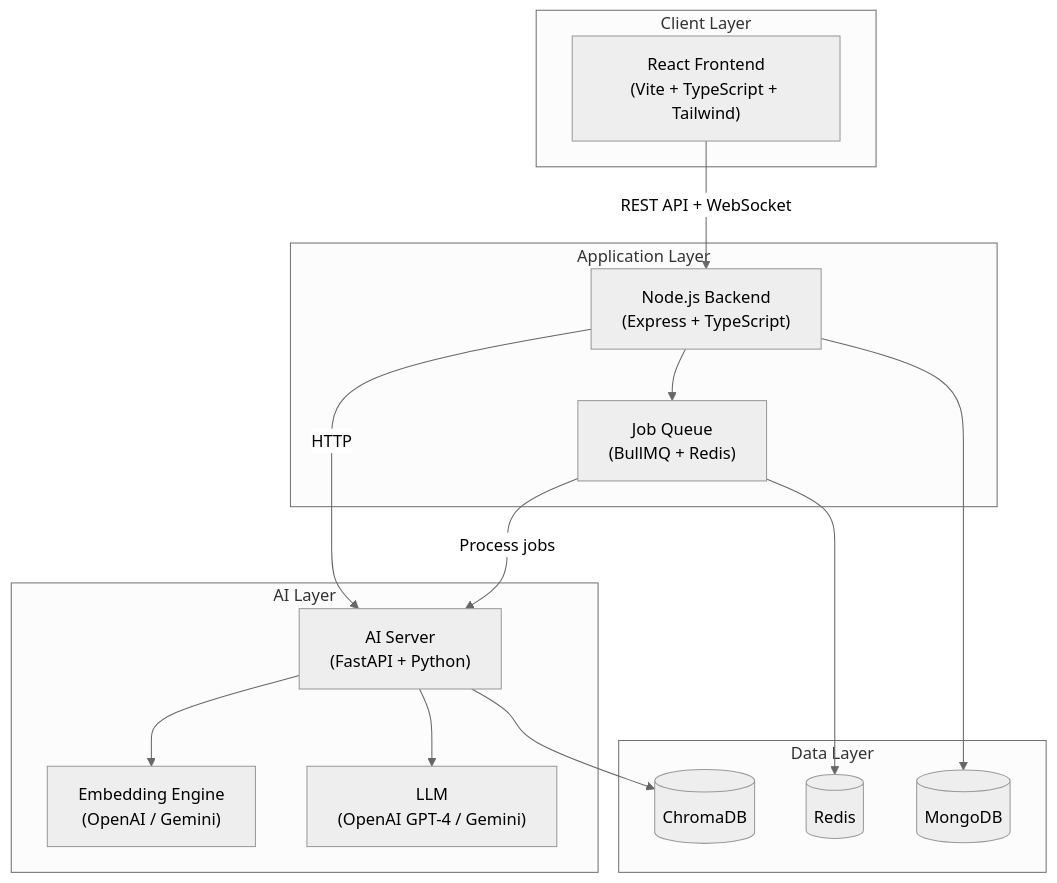
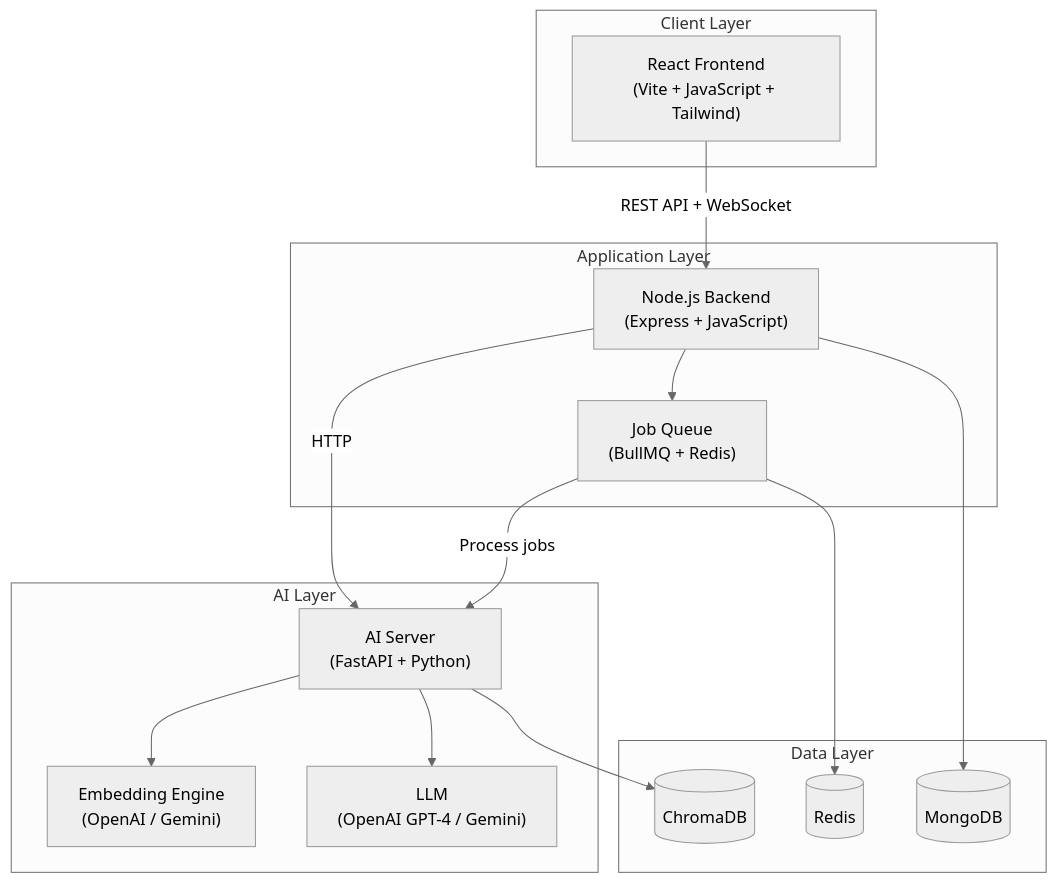
The first of 3 diagrams in implementation_plan.md (VedantChavan385/autonomous-code-doc), drawn with Mermaid (neutral theme) before and after one commit. The commit also changed other lines of this file and 4 other files, not shown here.

````diff
--- a/implementation_plan.md
+++ b/implementation_plan.md
@@ -9,30 +9,30 @@
 ```mermaid
 graph TB
     subgraph "Client Layer"
-        FE["React Frontend<br/>(Vite + TypeScript + Tailwind)"]
+        FE["React Frontend<br/>(Vite + JavaScript + Tailwind)"]
     end
     subgraph "Application Layer"
-        BE["Node.js Backend<br/>(Express + TypeScript)"]
+        BE["Node.js Backend<br/>(Express + JavaScript)"]
         QUEUE["Job Queue<br/>(BullMQ + Redis)"]
     end
     subgraph "AI Layer"
         AI["AI Server<br/>(FastAPI + Python)"]
         EMB["Embedding Engine<br/>(OpenAI / Gemini)"]
         LLM["LLM<br/>(OpenAI GPT-4 / Gemini)"]
     end
     subgraph "Data Layer"
         MONGO[(MongoDB)]
         CHROMA[(ChromaDB)]
         REDIS[(Redis)]
     end
 
     FE -->|REST API + WebSocket| BE
     BE -->|HTTP| AI
     BE --> QUEUE
     QUEUE -->|Process jobs| AI
     AI --> EMB
     AI --> LLM
     AI --> CHROMA
     BE --> MONGO
     QUEUE --> REDIS
 ```
````
